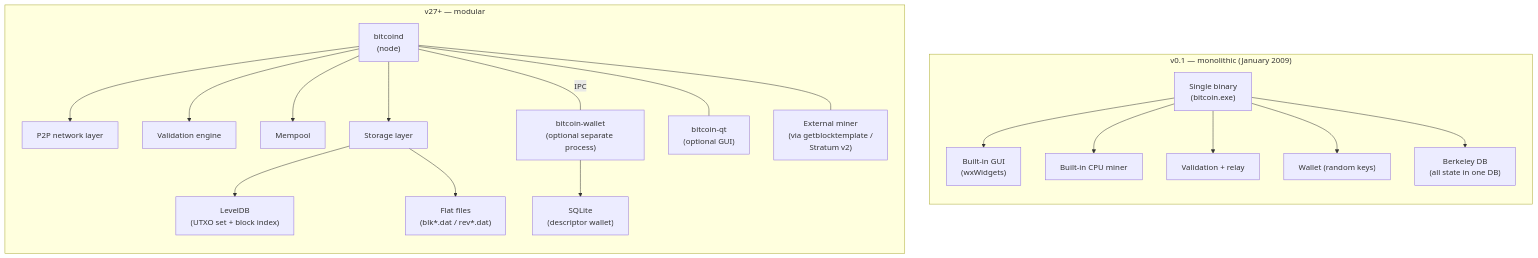
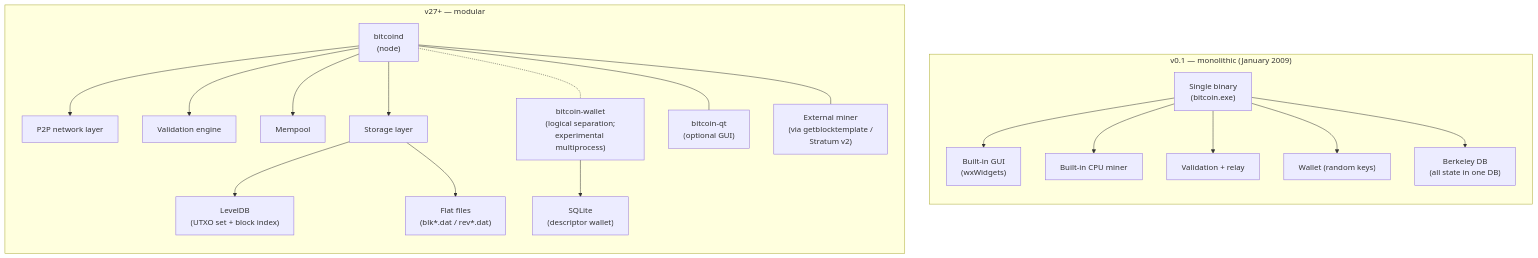
One commit to cypher256/BitcoinArchive changed the first of 10 diagrams in src/data/entries/en/design/2009-01-03-bitcoin-architecture-evolution.md. Above: the diagram before and after it, drawn with Mermaid. The commit also changed other lines of this file and 5 other files, not shown here.

First line of the commit message:
design pages: fix factual claims (wallet process, BIP 39, RBF, assumeUTXO, dates)

````diff
--- a/src/data/entries/en/design/2009-01-03-bitcoin-architecture-evolution.md
+++ b/src/data/entries/en/design/2009-01-03-bitcoin-architecture-evolution.md
@@ -34,30 +34,30 @@
 ```mermaid
 flowchart TB
     subgraph V01["v0.1 — monolithic (January 2009)"]
         direction TB
         MONO["Single binary<br/>(bitcoin.exe)"]
         MONO --> GUI_0["Built-in GUI<br/>(wxWidgets)"]
         MONO --> MINE_0["Built-in CPU miner"]
         MONO --> VALID_0["Validation + relay"]
         MONO --> WALL_0["Wallet (random keys)"]
         MONO --> BDB["Berkeley DB<br/>(all state in one DB)"]
     end
 
     subgraph V27["v27+ — modular"]
         direction TB
         NODE["bitcoind<br/>(node)"]
         NODE --> P2P_N["P2P network layer"]
         NODE --> VALID_N["Validation engine"]
         NODE --> MEMPOOL_N["Mempool"]
         NODE --> STORE_N["Storage layer"]
         STORE_N --> LEVEL["LevelDB<br/>(UTXO set + block index)"]
         STORE_N --> FLAT["Flat files<br/>(blk*.dat / rev*.dat)"]
-        WALL_N["bitcoin-wallet<br/>(optional separate process)"]
+        WALL_N["bitcoin-wallet<br/>(logical separation;<br/>experimental multiprocess)"]
         WALL_N --> SQL["SQLite<br/>(descriptor wallet)"]
-        NODE -- "IPC" --- WALL_N
+        NODE -.- WALL_N
         QT["bitcoin-qt<br/>(optional GUI)"]
         NODE --- QT
         EXT_MINE["External miner<br/>(via getblocktemplate /<br/>Stratum v2)"]
         NODE --- EXT_MINE
     end
 ```
````
